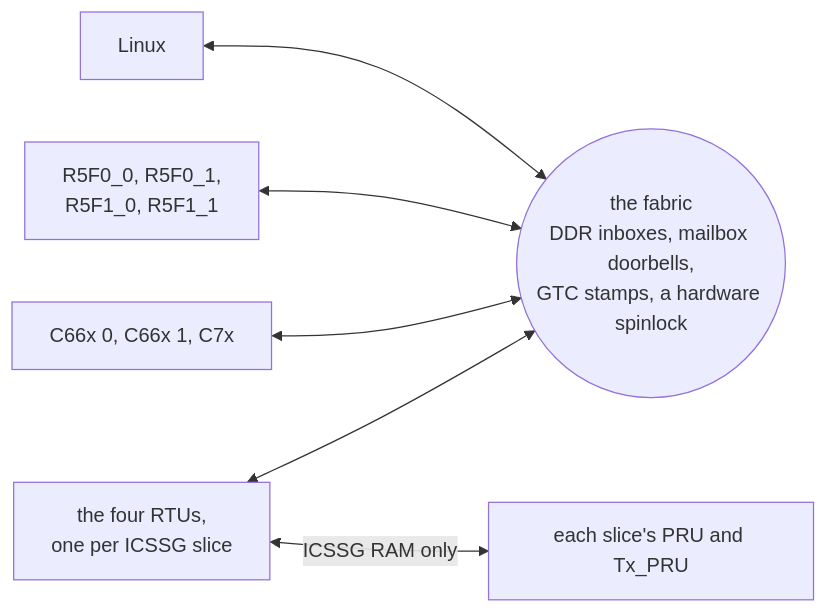
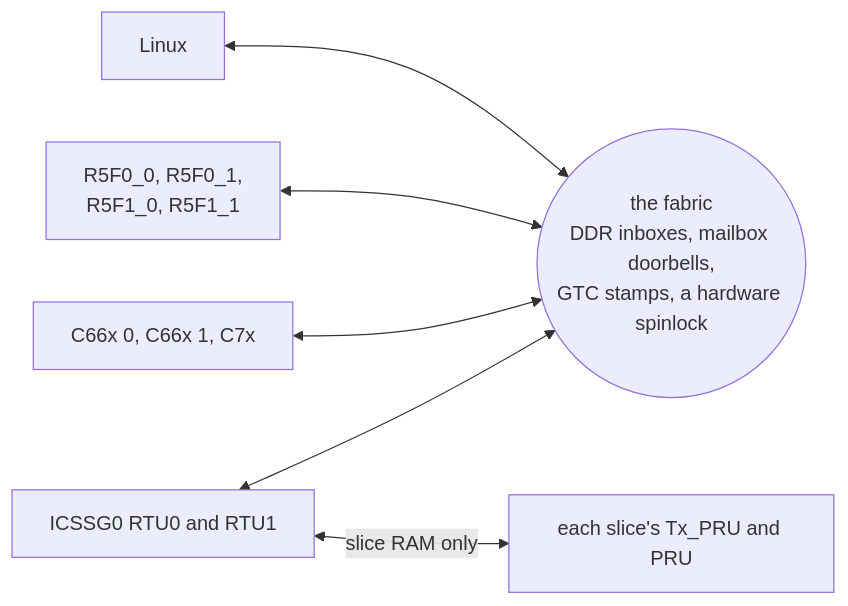
The second of 2 diagrams in README.md (kevinacahalan/BeagleBoneAI64-linux-zephyr-pru-c7x-c66x-demo), drawn with Mermaid before and after one commit. The commit also changed other lines of this file and 10 other files, not shown here.

````diff
--- a/README.md
+++ b/README.md
@@ -52,9 +52,9 @@
 ```mermaid
 flowchart LR
   fab(("the fabric<br/>DDR inboxes, mailbox doorbells,<br/>GTC stamps, a hardware spinlock"))
   l["Linux"] <--> fab
   z["R5F0_0, R5F0_1,<br/>R5F1_0, R5F1_1"] <--> fab
   d["C66x 0, C66x 1, C7x"] <--> fab
-  p["the four RTUs,<br/>one per ICSSG slice"] <--> fab
-  p <-->|"ICSSG RAM only"| rt["each slice's PRU and Tx_PRU"]
+  p["ICSSG0 RTU0 and RTU1"] <--> fab
+  p <-->|"slice RAM only"| rt["each slice's Tx_PRU and PRU"]
 ```
````
